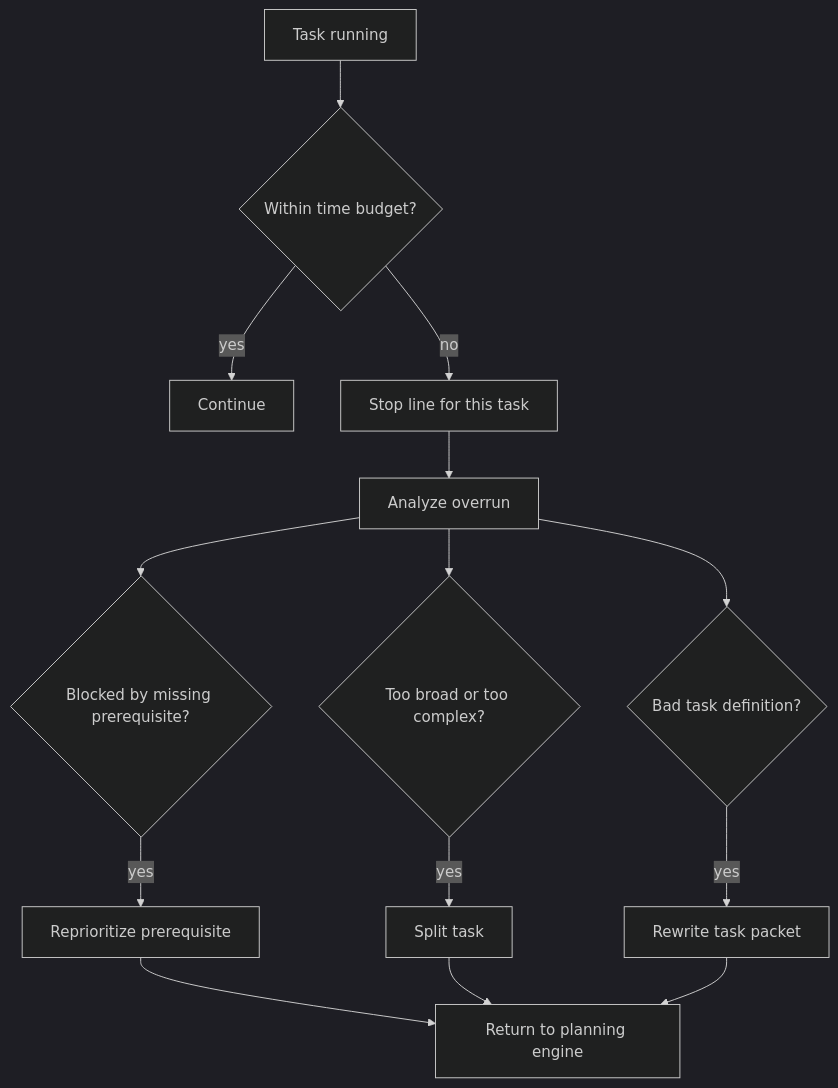
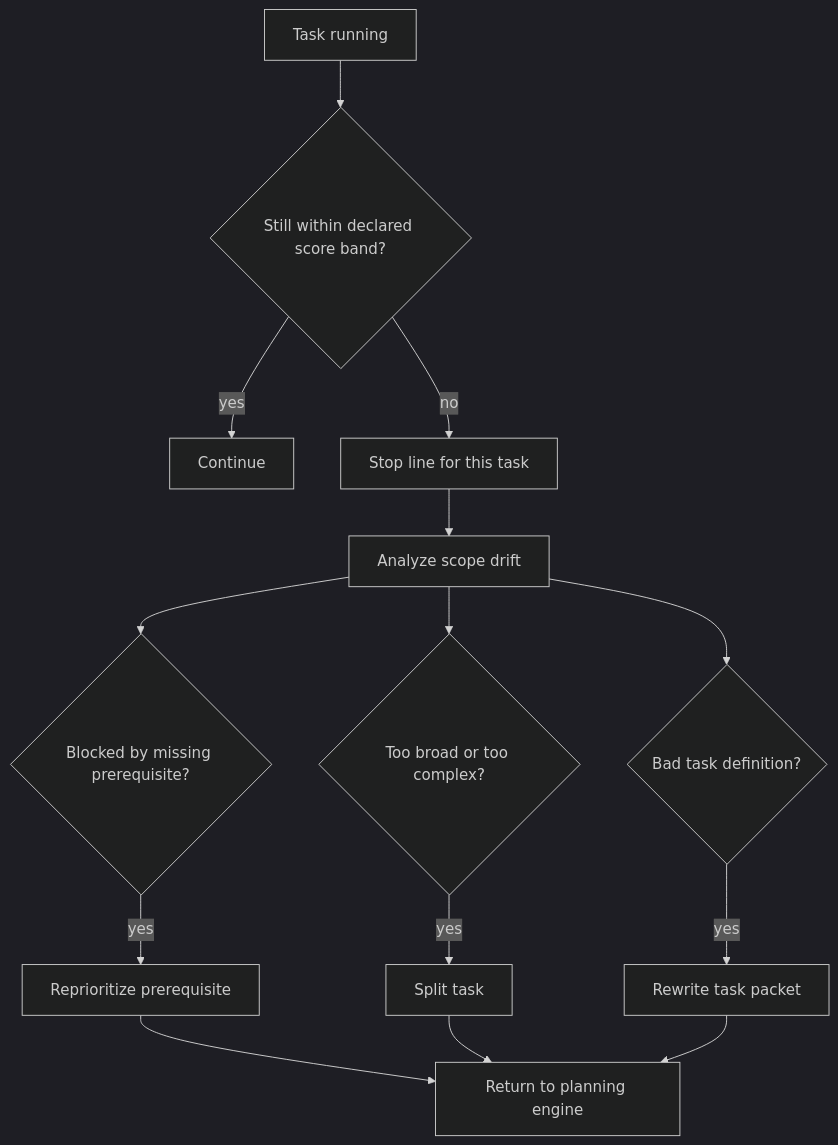
One commit to Holovkat/pi-extensions changed the eighth of 16 diagrams in docs/pi-dev-production-line-whitepaper.md. Above: the diagram before and after it, drawn with Mermaid (dark theme). The commit also changed other lines of this file and 10 other files, not shown here.

````diff
--- a/docs/pi-dev-production-line-whitepaper.md
+++ b/docs/pi-dev-production-line-whitepaper.md
@@ -497,16 +497,16 @@
 ```mermaid
 flowchart TD
-    RUN["Task running"] --> TIME{"Within time budget?"}
-    TIME -->|yes| CONT["Continue"]
-    TIME -->|no| STOP["Stop line for this task"]
-    STOP --> RCA["Analyze overrun"]
+    RUN["Task running"] --> CHECK{"Still within declared score band?"}
+    CHECK -->|yes| CONT["Continue"]
+    CHECK -->|no| STOP["Stop line for this task"]
+    STOP --> RCA["Analyze scope drift"]
     RCA --> Q1{"Blocked by missing prerequisite?"}
     RCA --> Q2{"Too broad or too complex?"}
     RCA --> Q3{"Bad task definition?"}
     Q1 -->|yes| REPRIO["Reprioritize prerequisite"]
     Q2 -->|yes| SPLIT["Split task"]
     Q3 -->|yes| REWRITE["Rewrite task packet"]
     REPRIO --> PLAN2["Return to planning engine"]
     SPLIT --> PLAN2
     REWRITE --> PLAN2
 ```
````
